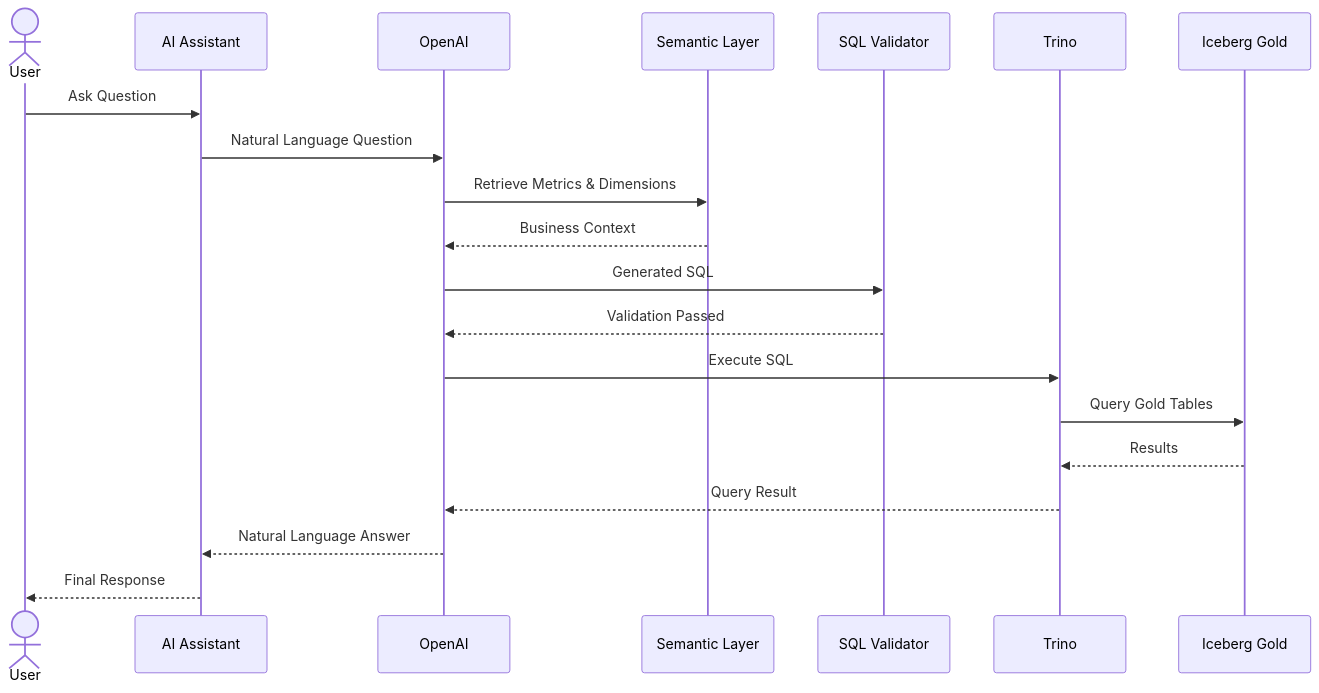
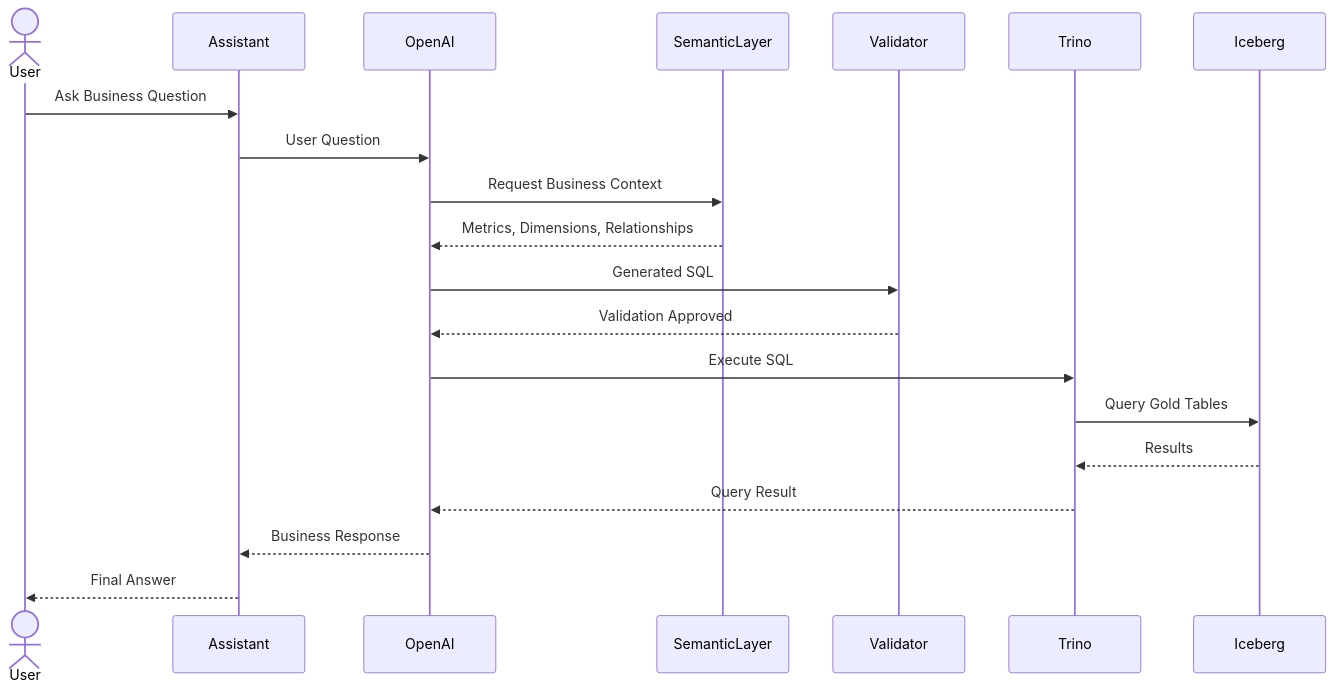
The second of 3 diagrams in arch/10 Text-to-SQL Architecture.md (MAHMOUDMAMDOH8/DataMind-AI), drawn with Mermaid before and after one commit. The commit also changed other lines of this file, not shown here.

````diff
--- a/arch/10 Text-to-SQL Architecture.md
+++ b/arch/10 Text-to-SQL Architecture.md
@@ -39,35 +50,36 @@
 ```mermaid
 sequenceDiagram
 
     actor User
-    participant UI as AI Assistant
-    participant LLM as OpenAI
-    participant SEM as Semantic Layer
-    participant VAL as SQL Validator
-    participant TR as Trino
-    participant ICE as Iceberg Gold
 
-    User->>UI: Ask Question
+    participant Assistant
+    participant OpenAI
+    participant SemanticLayer
+    participant Validator
+    participant Trino
+    participant Iceberg
 
-    UI->>LLM: Natural Language Question
+    User->>Assistant: Ask Business Question
 
-    LLM->>SEM: Retrieve Metrics & Dimensions
+    Assistant->>OpenAI: User Question
 
-    SEM-->>LLM: Business Context
+    OpenAI->>SemanticLayer: Request Business Context
 
-    LLM->>VAL: Generated SQL
+    SemanticLayer-->>OpenAI: Metrics, Dimensions, Relationships
 
-    VAL-->>LLM: Validation Passed
+    OpenAI->>Validator: Generated SQL
 
-    LLM->>TR: Execute SQL
+    Validator-->>OpenAI: Validation Approved
 
-    TR->>ICE: Query Gold Tables
+    OpenAI->>Trino: Execute SQL
 
-    ICE-->>TR: Results
+    Trino->>Iceberg: Query Gold Tables
 
-    TR-->>LLM: Query Result
+    Iceberg-->>Trino: Results
 
-    LLM-->>UI: Natural Language Answer
+    Trino-->>OpenAI: Query Result
 
-    UI-->>User: Final Response
+    OpenAI-->>Assistant: Business Response
+
+    Assistant-->>User: Final Answer
 ```
````
